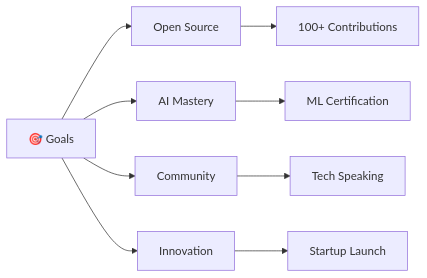
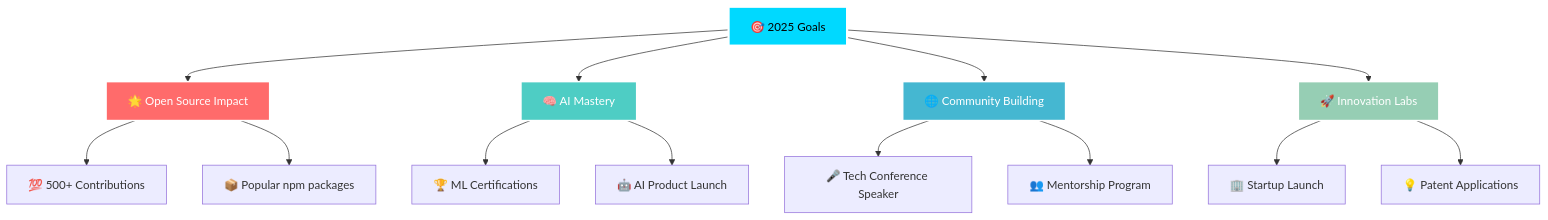
One commit to TechGenDM/TechGenDM changed the diagram in README.md. Above: the diagram before and after it, drawn with Mermaid. The commit also changed other lines of this file, not shown here.

````diff
--- a/README.md
+++ b/README.md
@@ -167,12 +272,25 @@
 ```mermaid
-graph LR
-    A[🎯 Goals] --> B[Open Source]
-    A --> C[AI Mastery]
-    A --> D[Community]
-    A --> E[Innovation]
+graph TD
+    A[🎯 2025 Goals] --> B[🌟 Open Source Impact]
+    A --> C[🧠 AI Mastery]
+    A --> D[🌐 Community Building]
+    A --> E[🚀 Innovation Labs]
     
-    B --> B1[100+ Contributions]
-    C --> C1[ML Certification]
-    D --> D1[Tech Speaking]
-    E --> E1[Startup Launch]
+    B --> B1[💯 500+ Contributions]
+    B --> B2[📦 Popular npm packages]
+    
+    C --> C1[🏆 ML Certifications]
+    C --> C2[🤖 AI Product Launch]
+    
+    D --> D1[🎤 Tech Conference Speaker]
+    D --> D2[👥 Mentorship Program]
+    
+    E --> E1[🏢 Startup Launch]
+    E --> E2[💡 Patent Applications]
+    
+    style A fill:#00D9FF,stroke:#fff,stroke-width:3px,color:#000
+    style B fill:#FF6B6B,stroke:#fff,stroke-width:2px,color:#fff
+    style C fill:#4ECDC4,stroke:#fff,stroke-width:2px,color:#fff
+    style D fill:#45B7D1,stroke:#fff,stroke-width:2px,color:#fff
+    style E fill:#96CEB4,stroke:#fff,stroke-width:2px,color:#fff
 ```
````
